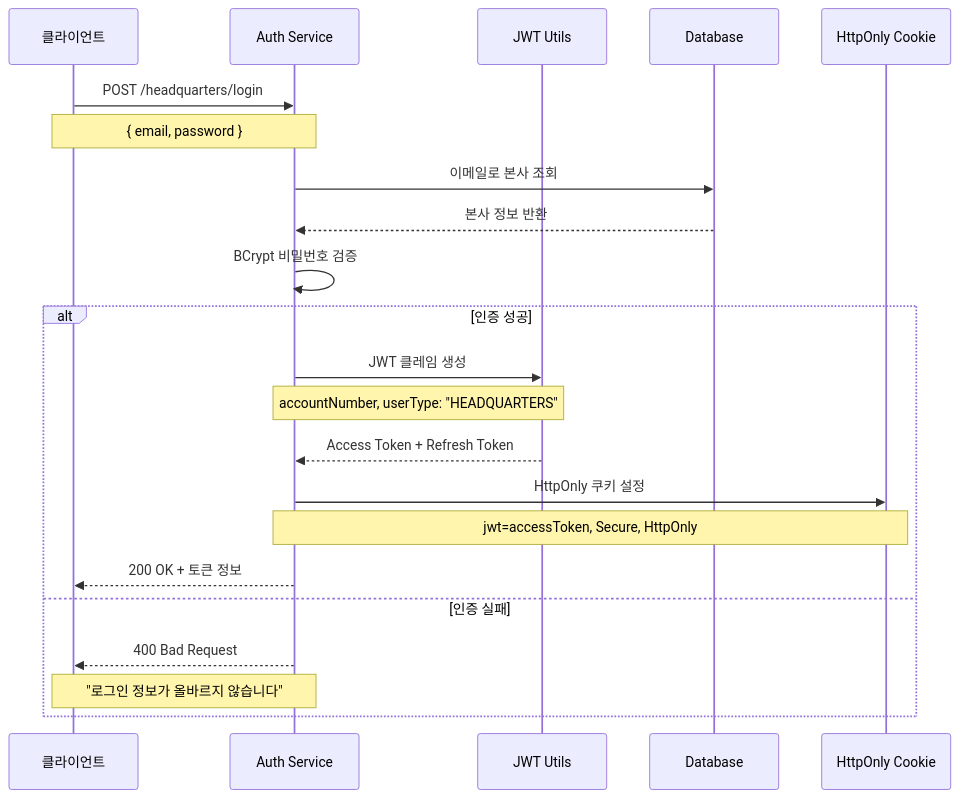
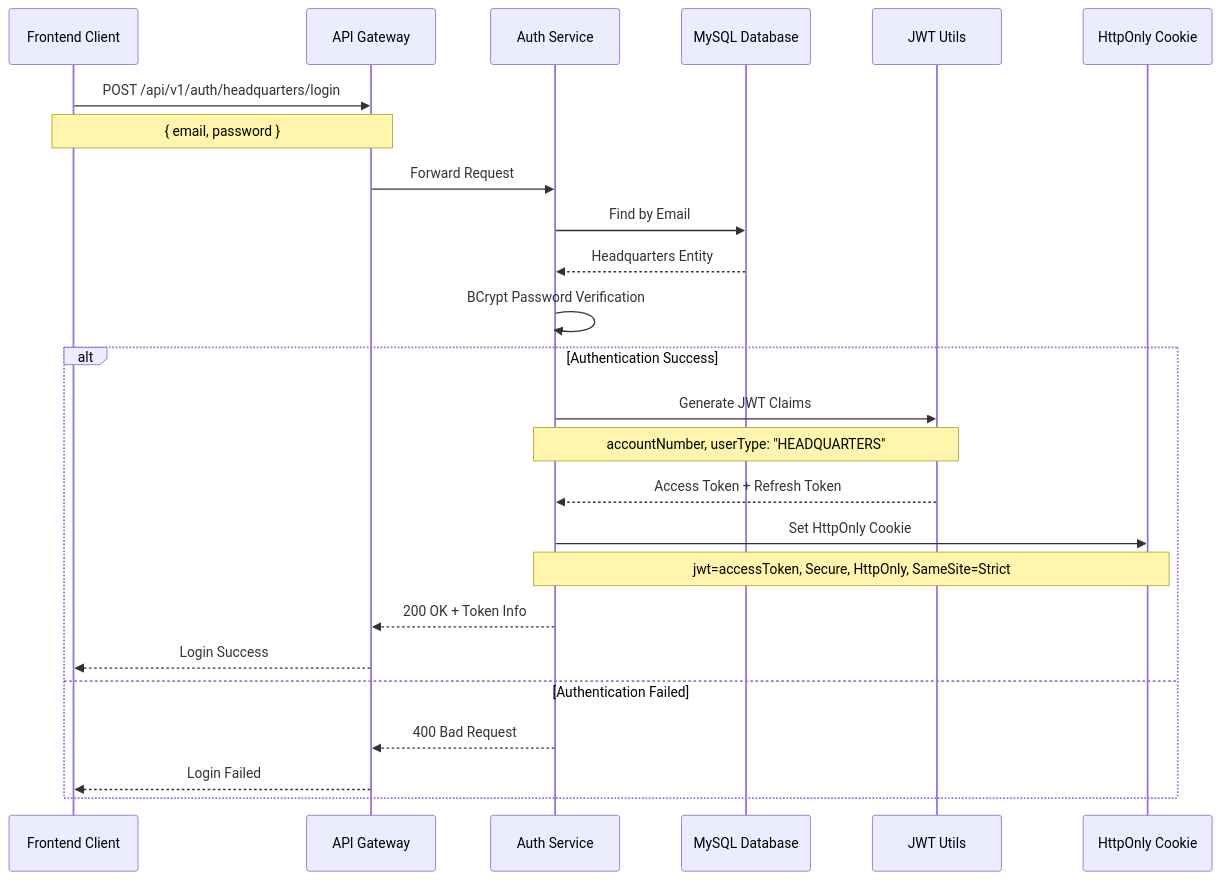
One commit to NSMM-v2/auth-service changed the third of 7 diagrams in README.md. Above: the diagram before and after it, drawn with Mermaid. The commit also changed other lines of this file, not shown here.

````diff
--- a/README.md
+++ b/README.md
@@ -61,31 +82,34 @@
 ```mermaid
 sequenceDiagram
-    participant C as 클라이언트
-    participant A as Auth Service
-    participant J as JWT Utils
-    participant D as Database
+    participant Client as Frontend Client
+    participant GW as API Gateway
+    participant AUTH as Auth Service
+    participant DB as MySQL Database
+    participant JWT as JWT Utils
     participant Cookie as HttpOnly Cookie
 
-    C->>A: POST /headquarters/login
-    Note over C,A: { email, password }
+    Client->>GW: POST /api/v1/auth/headquarters/login
+    Note over Client,GW: { email, password }
+    GW->>AUTH: Forward Request
     
-    A->>D: 이메일로 본사 조회
-    D-->>A: 본사 정보 반환
+    AUTH->>DB: Find by Email
+    DB-->>AUTH: Headquarters Entity
     
-    A->>A: BCrypt 비밀번호 검증
+    AUTH->>AUTH: BCrypt Password Verification
     
-    alt 인증 성공
-        A->>J: JWT 클레임 생성
-        Note over A,J: accountNumber, userType: "HEADQUARTERS"
+    alt Authentication Success
+        AUTH->>JWT: Generate JWT Claims
+        Note over AUTH,JWT: accountNumber, userType: "HEADQUARTERS"
         
-        J-->>A: Access Token + Refresh Token
+        JWT-->>AUTH: Access Token + Refresh Token
         
-        A->>Cookie: HttpOnly 쿠키 설정
-        Note over A,Cookie: jwt=accessToken, Secure, HttpOnly
+        AUTH->>Cookie: Set HttpOnly Cookie
+        Note over AUTH,Cookie: jwt=accessToken, Secure, HttpOnly, SameSite=Strict
         
-        A-->>C: 200 OK + 토큰 정보
-    else 인증 실패
-        A-->>C: 400 Bad Request
-        Note over A,C: "로그인 정보가 올바르지 않습니다"
+        AUTH-->>GW: 200 OK + Token Info
+        GW-->>Client: Login Success
+    else Authentication Failed
+        AUTH-->>GW: 400 Bad Request
+        GW-->>Client: Login Failed
     end
 ```
````
